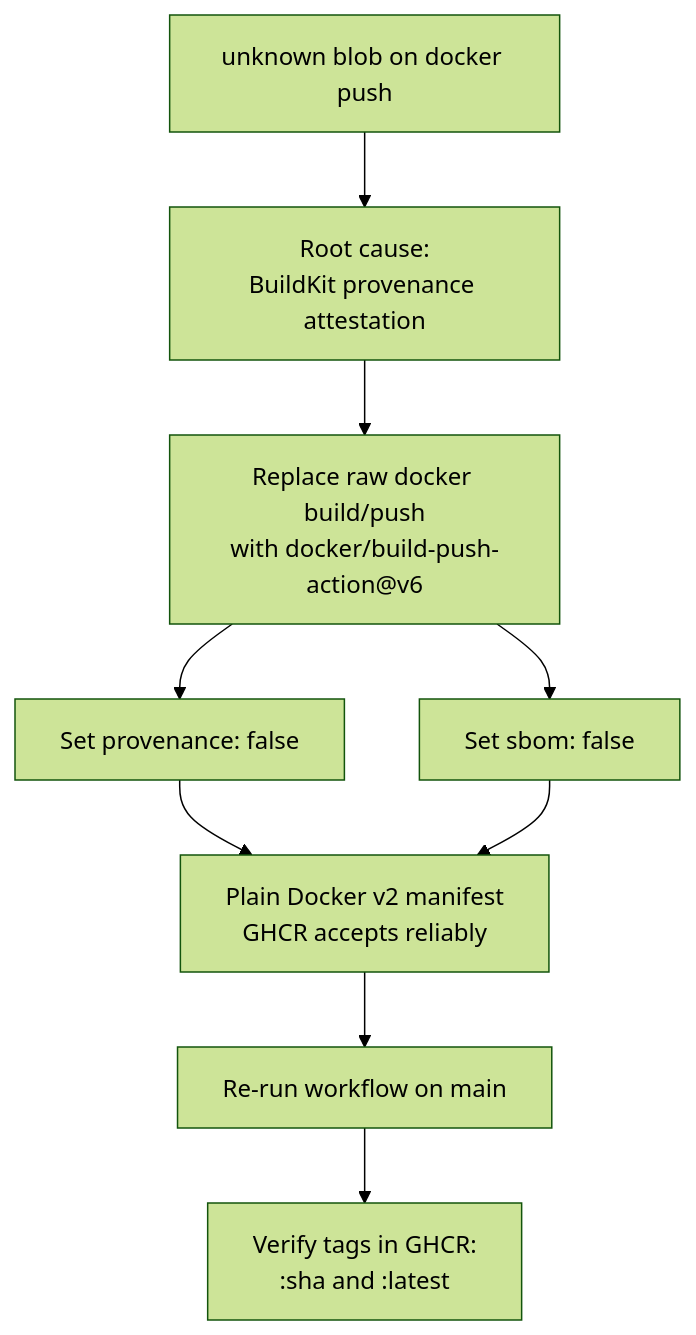
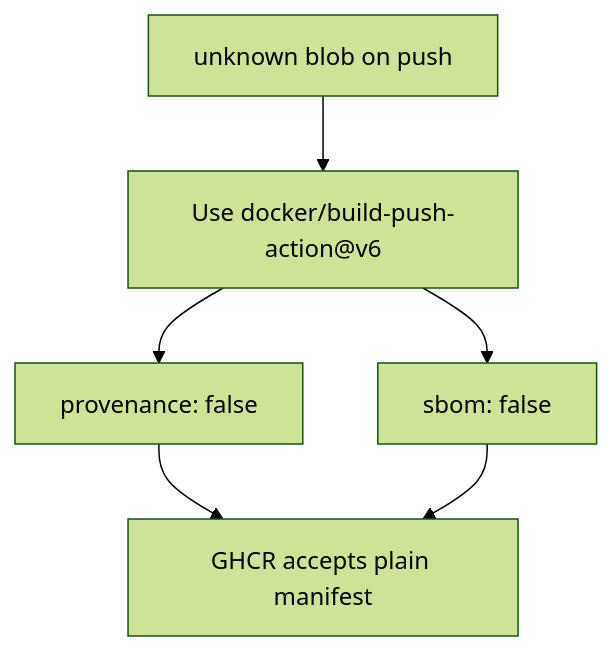
Diagram 20 of 22 in docs/java-e2e-ci-pipeline-guide.md (chaitussm/Java-Project), drawn with Mermaid (forest theme) before and after one commit. The commit also changed other lines of this file and 1 other file, not shown here.

First line of the commit message:
Document full CI resolution guide with diagrams for all failures

````diff
--- a/docs/java-e2e-ci-pipeline-guide.md
+++ b/docs/java-e2e-ci-pipeline-guide.md
@@ -512,11 +738,8 @@
 ```mermaid
 flowchart TD
-    A["unknown blob on docker push"] --> B["Root cause:\nBuildKit provenance attestation"]
-    B --> C["Replace raw docker build/push\nwith docker/build-push-action@v6"]
-    C --> D["Set provenance: false"]
-    C --> E["Set sbom: false"]
-    D --> F["Plain Docker v2 manifest\nGHCR accepts reliably"]
-    E --> F
-    F --> G["Re-run workflow on main"]
-    G --> H["Verify tags in GHCR:\n:sha and :latest"]
+    A["unknown blob on push"] --> B["Use docker/build-push-action@v6"]
+    B --> C["provenance: false"]
+    B --> D["sbom: false"]
+    C --> E["GHCR accepts plain manifest"]
+    D --> E
 ```
````
